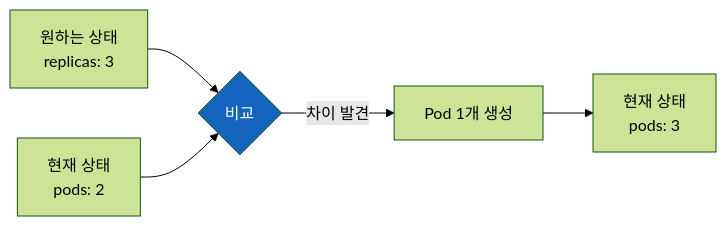
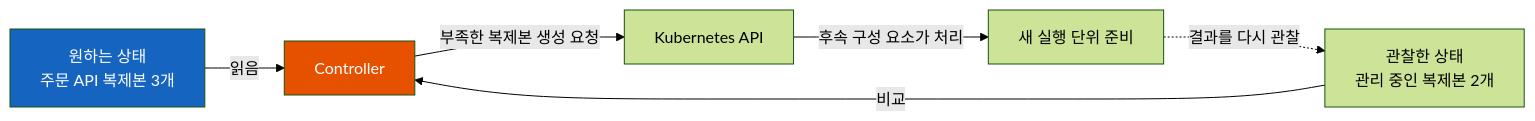
One commit to sskim91/TIL changed the diagram in kubernetes/Kubernetes-Introduction.md. Above: the diagram before and after it, drawn with Mermaid (forest theme). The commit also changed other lines of this file and 39 other files, not shown here.

````diff
--- a/kubernetes/Kubernetes-Introduction.md
+++ b/kubernetes/Kubernetes-Introduction.md
@@ -167,9 +31,10 @@
 ```mermaid
 flowchart LR
-    A["원하는 상태<br>replicas: 3"] --> C{비교}
-    B["현재 상태<br>pods: 2"] --> C
-    C -->|차이 발견| D[Pod 1개 생성]
-    D --> E["현재 상태<br>pods: 3"]
-
-    style C fill:#1565C0,color:#fff
+    D["원하는 상태<br>주문 API 복제본 3개"] -->|"읽음"| C["Controller"]
+    O["관찰한 상태<br>관리 중인 복제본 2개"] -->|"비교"| C
+    C -->|"부족한 복제본 생성 요청"| A["Kubernetes API"]
+    A -->|"후속 구성 요소가 처리"| N["새 실행 단위 준비"]
+    N -.->|"결과를 다시 관찰"| O
+    style D fill:#1565C0,color:#fff
+    style C fill:#E65100,color:#fff
 ```
````
